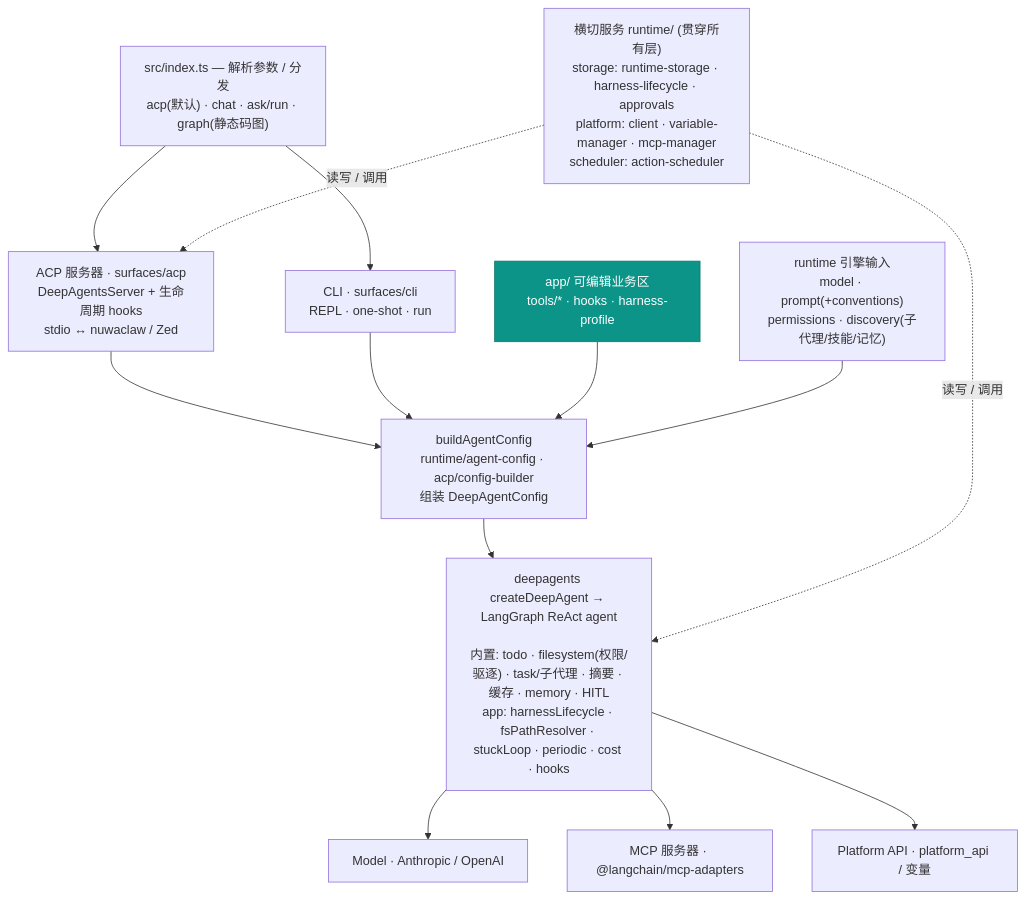
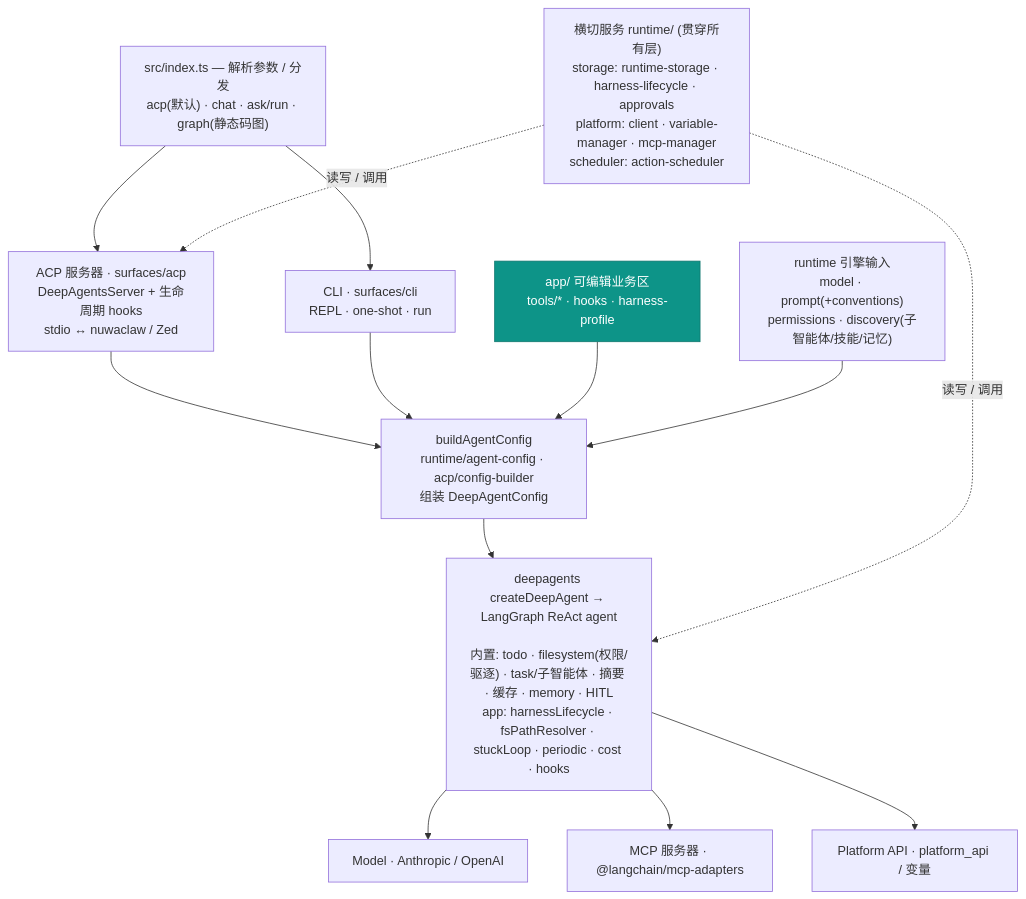
The first of 4 diagrams in packages/deepagents-app-ts/docs/architecture/runtime-architecture.md (nuwax-ai/deepagents-dev-templates), drawn with Mermaid before and after one commit. The commit also changed 14 other files, not shown here.

First line of the commit message:
refactor(flow-ts): 统一子智能体术语并改进 task 流式委派

````diff
--- a/packages/deepagents-app-ts/docs/architecture/runtime-architecture.md
+++ b/packages/deepagents-app-ts/docs/architecture/runtime-architecture.md
@@ -13,24 +13,24 @@
 ```mermaid
 flowchart TD
     idx["src/index.ts — 解析参数 / 分发<br/>acp(默认) · chat · ask/run · graph(静态码图)"]
     idx --> acp["ACP 服务器 · surfaces/acp<br/>DeepAgentsServer + 生命周期 hooks<br/>stdio ↔ nuwaclaw / Zed"]
     idx --> cli["CLI · surfaces/cli<br/>REPL · one-shot · run"]
 
     acp --> build["buildAgentConfig<br/>runtime/agent-config · acp/config-builder<br/>组装 DeepAgentConfig"]
     cli --> build
     app["app/ 可编辑业务区<br/>tools/* · hooks · harness-profile"] --> build
-    rt["runtime 引擎输入<br/>model · prompt(+conventions)<br/>permissions · discovery(子代理/技能/记忆)"] --> build
+    rt["runtime 引擎输入<br/>model · prompt(+conventions)<br/>permissions · discovery(子智能体/技能/记忆)"] --> build
 
-    build --> cda["deepagents createDeepAgent → LangGraph ReAct agent<br/><br/>内置: todo · filesystem(权限/驱逐) · task/子代理 · 摘要 · 缓存 · memory · HITL<br/>app: harnessLifecycle · fsPathResolver · stuckLoop · periodic · cost · hooks"]
+    build --> cda["deepagents createDeepAgent → LangGraph ReAct agent<br/><br/>内置: todo · filesystem(权限/驱逐) · task/子智能体 · 摘要 · 缓存 · memory · HITL<br/>app: harnessLifecycle · fsPathResolver · stuckLoop · periodic · cost · hooks"]
 
     cda --> model["Model · Anthropic / OpenAI"]
     cda --> mcp["MCP 服务器 · @langchain/mcp-adapters"]
     cda --> plat["Platform API · platform_api / 变量"]
 
     xcut["横切服务 runtime/ (贯穿所有层)<br/>storage: runtime-storage · harness-lifecycle · approvals<br/>platform: client · variable-manager · mcp-manager<br/>scheduler: action-scheduler"]
     xcut -.->|读写 / 调用| acp
     xcut -.->|读写 / 调用| cda
 
     classDef appzone fill:#0d9488,stroke:#0f766e,color:#ffffff
     class app appzone
 ```
````
